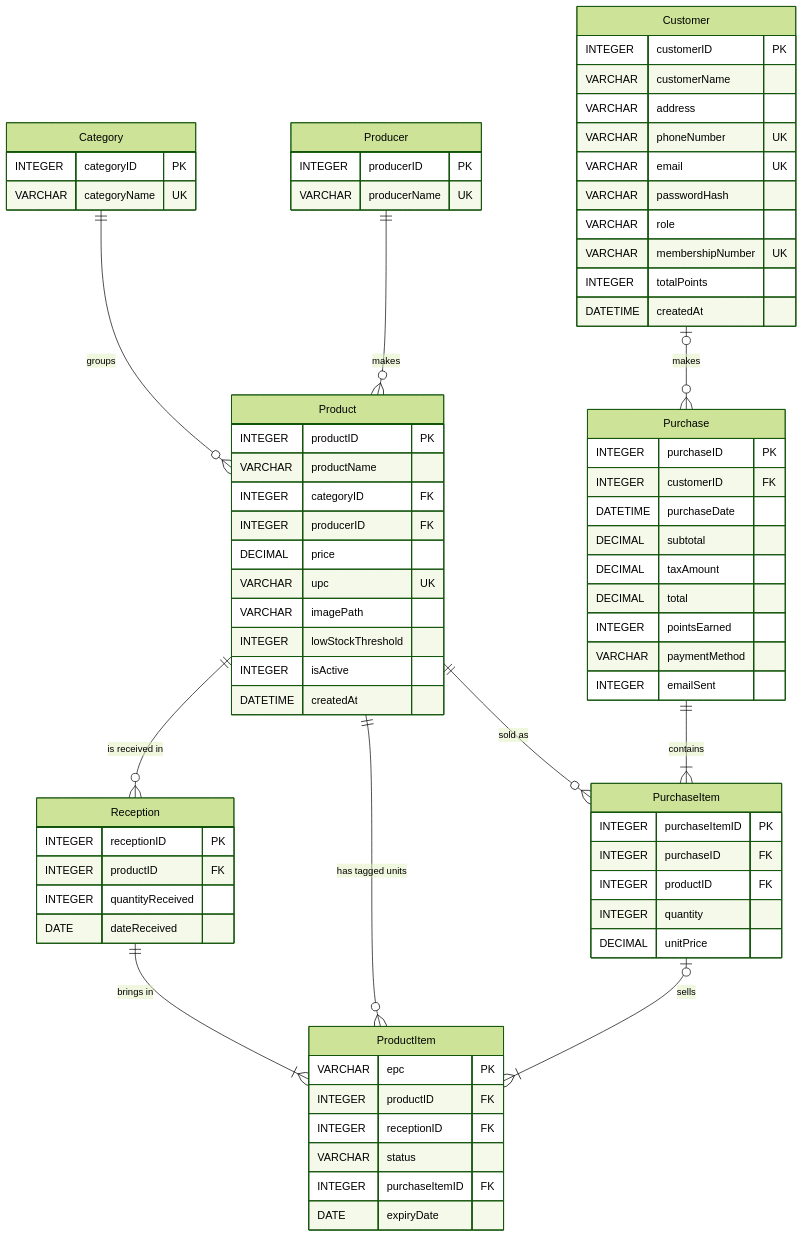
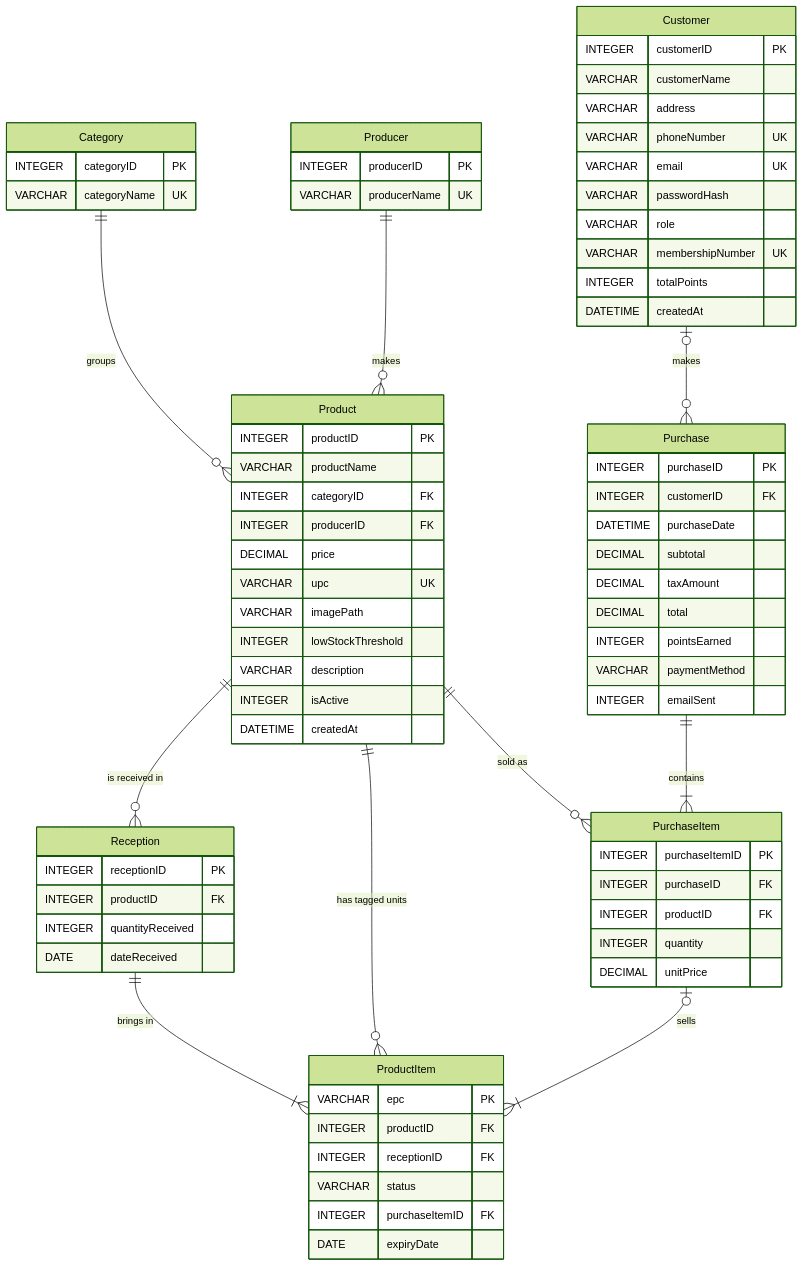
The diagram in docs/database.md (gvogas/IoT), drawn with Mermaid (forest theme) before and after one commit. The commit also changed other lines of this file and 19 other files, not shown here.

````diff
--- a/docs/database.md
+++ b/docs/database.md
@@ -17,77 +17,78 @@
 ```mermaid
 erDiagram
     Category     ||--o{ Product      : "groups"
     Producer     ||--o{ Product      : "makes"
     Product      ||--o{ Reception    : "is received in"
     Product      ||--o{ ProductItem  : "has tagged units"
     Reception    ||--|{ ProductItem  : "brings in"
     Customer     |o--o{ Purchase     : "makes"
     Purchase     ||--|{ PurchaseItem : "contains"
     Product      ||--o{ PurchaseItem : "sold as"
     PurchaseItem |o--|{ ProductItem  : "sells"
 
     Category {
         INTEGER categoryID PK
         VARCHAR categoryName UK
     }
     Producer {
         INTEGER producerID PK
         VARCHAR producerName UK
     }
     Product {
         INTEGER productID PK
         VARCHAR productName
         INTEGER categoryID FK
         INTEGER producerID FK
         DECIMAL price
         VARCHAR upc UK
         VARCHAR imagePath
         INTEGER lowStockThreshold
+        VARCHAR description
         INTEGER isActive
         DATETIME createdAt
     }
     Reception {
         INTEGER receptionID PK
         INTEGER productID FK
         INTEGER quantityReceived
         DATE dateReceived
     }
     ProductItem {
         VARCHAR epc PK
         INTEGER productID FK
         INTEGER receptionID FK
         VARCHAR status
         INTEGER purchaseItemID FK
         DATE expiryDate
     }
     Customer {
         INTEGER customerID PK
         VARCHAR customerName
         VARCHAR address
         VARCHAR phoneNumber UK
         VARCHAR email UK
         VARCHAR passwordHash
         VARCHAR role
         VARCHAR membershipNumber UK
         INTEGER totalPoints
         DATETIME createdAt
     }
     Purchase {
         INTEGER purchaseID PK
         INTEGER customerID FK
         DATETIME purchaseDate
         DECIMAL subtotal
         DECIMAL taxAmount
         DECIMAL total
         INTEGER pointsEarned
         VARCHAR paymentMethod
         INTEGER emailSent
     }
     PurchaseItem {
         INTEGER purchaseItemID PK
         INTEGER purchaseID FK
         INTEGER productID FK
         INTEGER quantity
         DECIMAL unitPrice
     }
 ```
````
